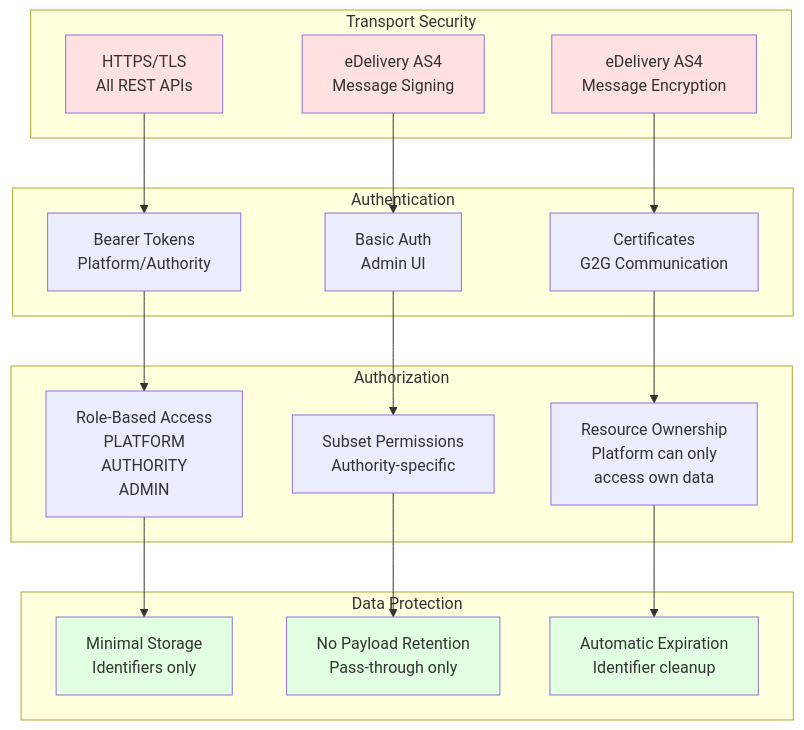
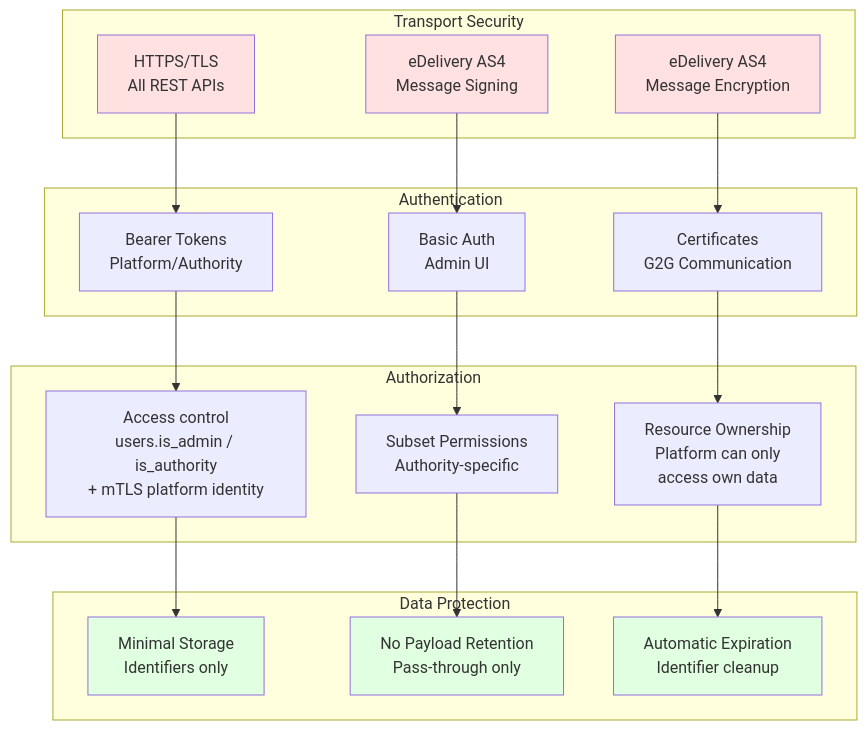
Diagram 11 of 11 in docs/architecture/eFTI-Gate-Reference-Architecture.md (kemit-ee/efti-gate-ee), drawn with Mermaid before and after one commit. The commit also changed 42 other files, not shown here.

````diff
--- a/docs/architecture/eFTI-Gate-Reference-Architecture.md
+++ b/docs/architecture/eFTI-Gate-Reference-Architecture.md
@@ -626,45 +626,45 @@
 ```mermaid
 graph TB
     subgraph "Transport Security"
         T1[HTTPS/TLS<br/>All REST APIs]
         T2[eDelivery AS4<br/>Message Signing]
         T3[eDelivery AS4<br/>Message Encryption]
     end
 
     subgraph "Authentication"
         A1[Bearer Tokens<br/>Platform/Authority]
         A2[Basic Auth<br/>Admin UI]
         A3[Certificates<br/>G2G Communication]
     end
 
     subgraph "Authorization"
-        Z1[Role-Based Access<br/>PLATFORM<br/>AUTHORITY<br/>ADMIN]
+        Z1[Access control<br/>users.is_admin / is_authority<br/>+ mTLS platform identity]
         Z2[Subset Permissions<br/>Authority-specific]
         Z3[Resource Ownership<br/>Platform can only<br/>access own data]
     end
 
     subgraph "Data Protection"
         D1[Minimal Storage<br/>Identifiers only]
         D2[No Payload Retention<br/>Pass-through only]
         D3[Automatic Expiration<br/>Identifier cleanup]
     end
 
     T1 --> A1
     T2 --> A2
     T3 --> A3
 
     A1 --> Z1
     A2 --> Z2
     A3 --> Z3
 
     Z1 --> D1
     Z2 --> D2
     Z3 --> D3
 
     style T1 fill:#ffe1e1
     style T2 fill:#ffe1e1
     style T3 fill:#ffe1e1
     style D1 fill:#e1ffe1
     style D2 fill:#e1ffe1
     style D3 fill:#e1ffe1
 ```
````
